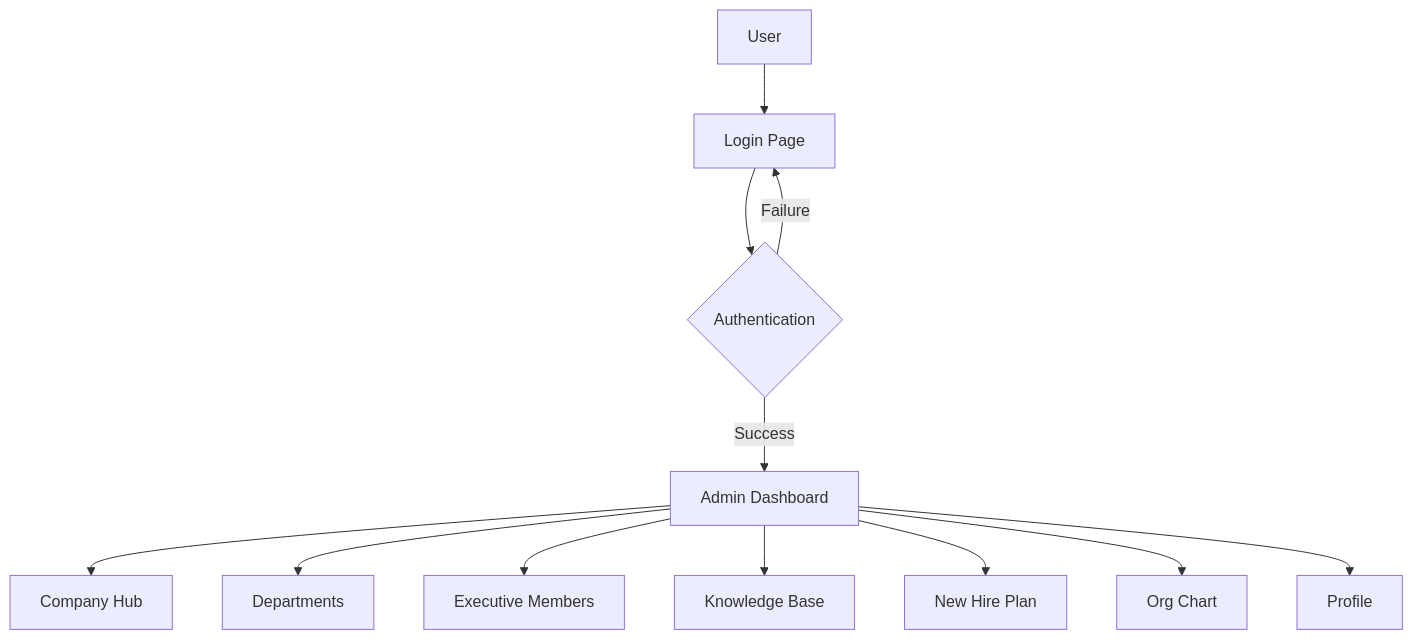
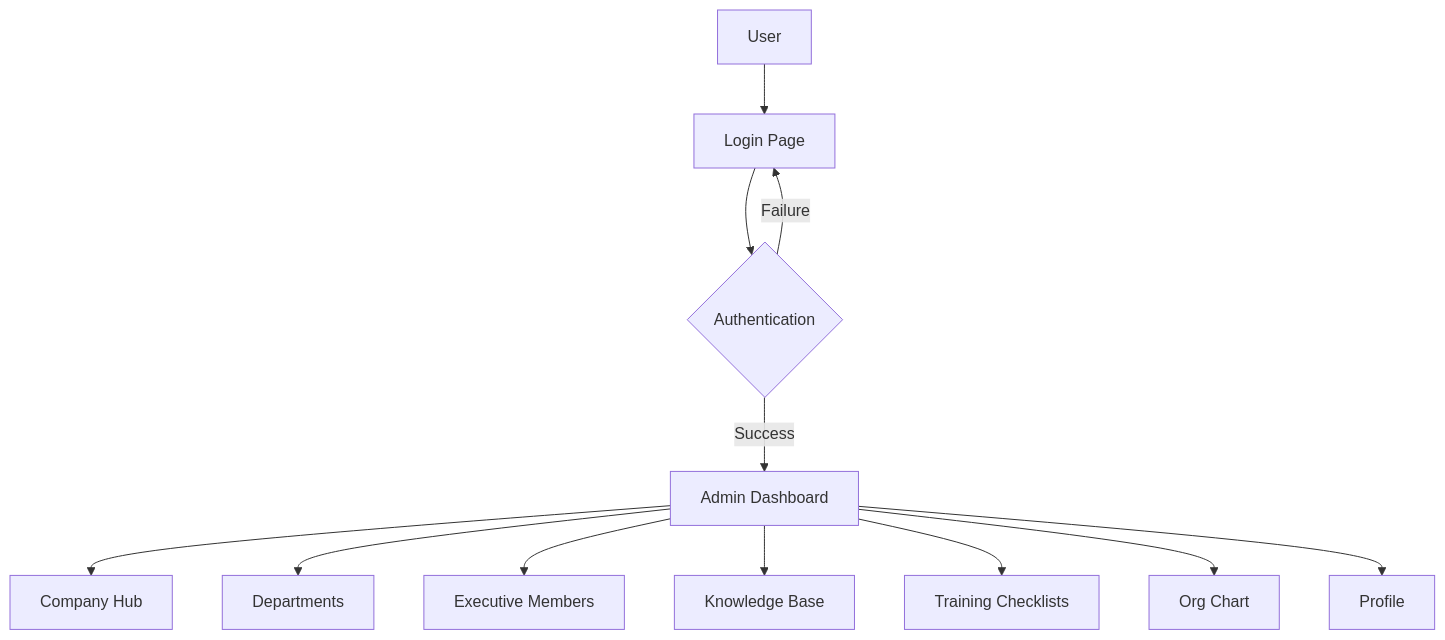
Before and after one commit to Arsalanbashir831/Intranet-Admin: the first of 3 diagrams in .qoder/repowiki/en/content/Getting Started.md, drawn with Mermaid. The commit also changed 20 other files, not shown here.

First line of the commit message:
refactor(training-checklists): rename and restructure new hire plan components

````diff
--- a/.qoder/repowiki/en/content/Getting Started.md
+++ b/.qoder/repowiki/en/content/Getting Started.md
@@ -47,14 +47,14 @@
 ```mermaid
 graph TD
 A[User] --> B[Login Page]
 B --> C{Authentication}
 C --> |Success| D[Admin Dashboard]
 C --> |Failure| B
 D --> E[Company Hub]
 D --> F[Departments]
 D --> G[Executive Members]
 D --> H[Knowledge Base]
-D --> I[New Hire Plan]
+D --> I[Training Checklists]
 D --> J[Org Chart]
 D --> K[Profile]
 ```
````
